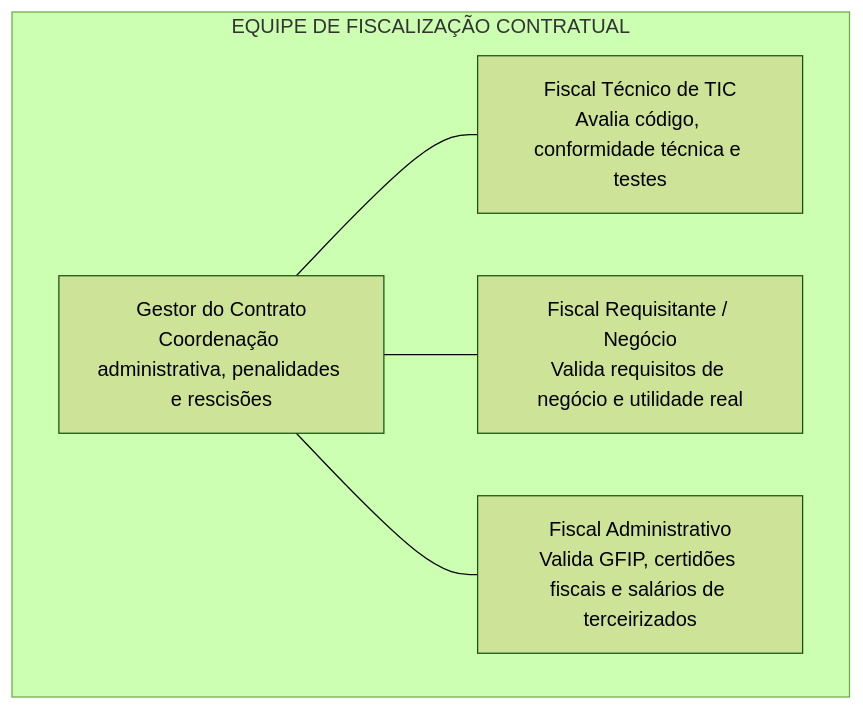
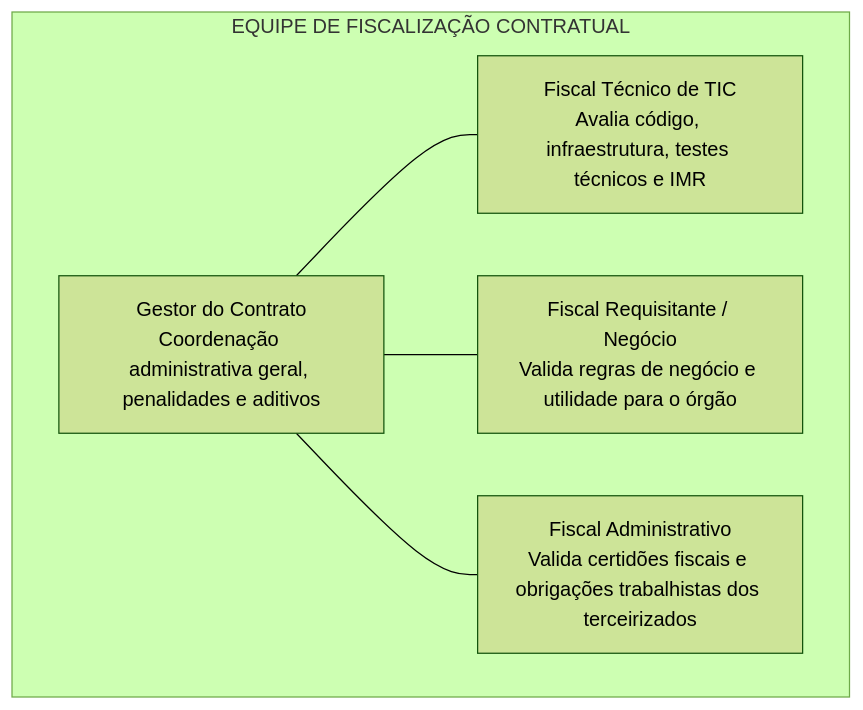
One commit to thiagosantos346/TCE-GO-2027 changed the fourth of 4 diagrams in fontes_de_estudo/conhecimentos_especificos_b02_ti/12_governanca_de_ti/04_contratacoes_de_tic_lei_14133_2021.md. Above: the diagram before and after it, drawn with Mermaid (forest theme). The commit also changed other lines of this file and 119 other files, not shown here.

````diff
--- a/fontes_de_estudo/conhecimentos_especificos_b02_ti/12_governanca_de_ti/04_contratacoes_de_tic_lei_14133_2021.md
+++ b/fontes_de_estudo/conhecimentos_especificos_b02_ti/12_governanca_de_ti/04_contratacoes_de_tic_lei_14133_2021.md
@@ -215,14 +184,14 @@
 ```mermaid
 flowchart TD
     subgraph FISCALIZACAO["EQUIPE DE FISCALIZAÇÃO CONTRATUAL"]
-        GC["Gestor do Contrato<br/>Coordenação administrativa, penalidades e rescisões"]
+        GC["Gestor do Contrato<br/>Coordenação administrativa geral, penalidades e aditivos"]
         
-        FT["Fiscal Técnico de TIC<br/>Avalia código, conformidade técnica e testes"]
-        FR["Fiscal Requisitante / Negócio<br/>Valida requisitos de negócio e utilidade real"]
-        FA["Fiscal Administrativo<br/>Valida GFIP, certidões fiscais e salários de terceirizados"]
+        FT["Fiscal Técnico de TIC<br/>Avalia código, infraestrutura, testes técnicos e IMR"]
+        FR["Fiscal Requisitante / Negócio<br/>Valida regras de negócio e utilidade para o órgão"]
+        FA["Fiscal Administrativo<br/>Valida certidões fiscais e obrigações trabalhistas dos terceirizados"]
         
         GC --- FT
         GC --- FR
         GC --- FA
     end
 ```
````
